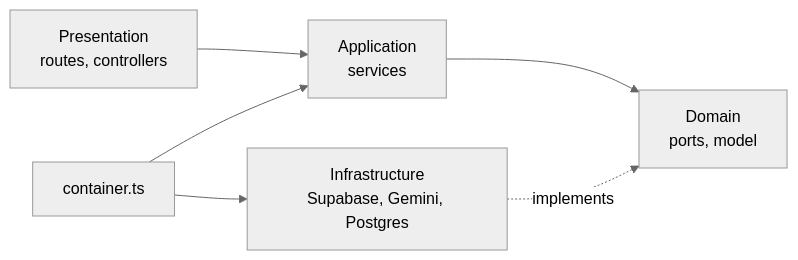
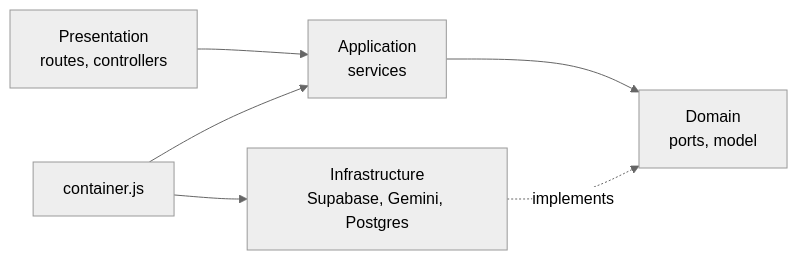
The first of 26 diagrams in docs/design/02-decisions.md (kanhaiyak23/PrepLens), drawn with Mermaid (neutral theme) before and after one commit. The commit also changed other lines of this file and 10 other files, not shown here.

````diff
--- a/docs/design/02-decisions.md
+++ b/docs/design/02-decisions.md
@@ -21,7 +21,7 @@
 ```mermaid
 flowchart LR
   PR["Presentation<br/>routes, controllers"] --> AP["Application<br/>services"] --> DM["Domain<br/>ports, model"]
   IN["Infrastructure<br/>Supabase, Gemini, Postgres"] -. implements .-> DM
-  CR["container.ts"] --> IN
+  CR["container.js"] --> IN
   CR --> AP
 ```
````
